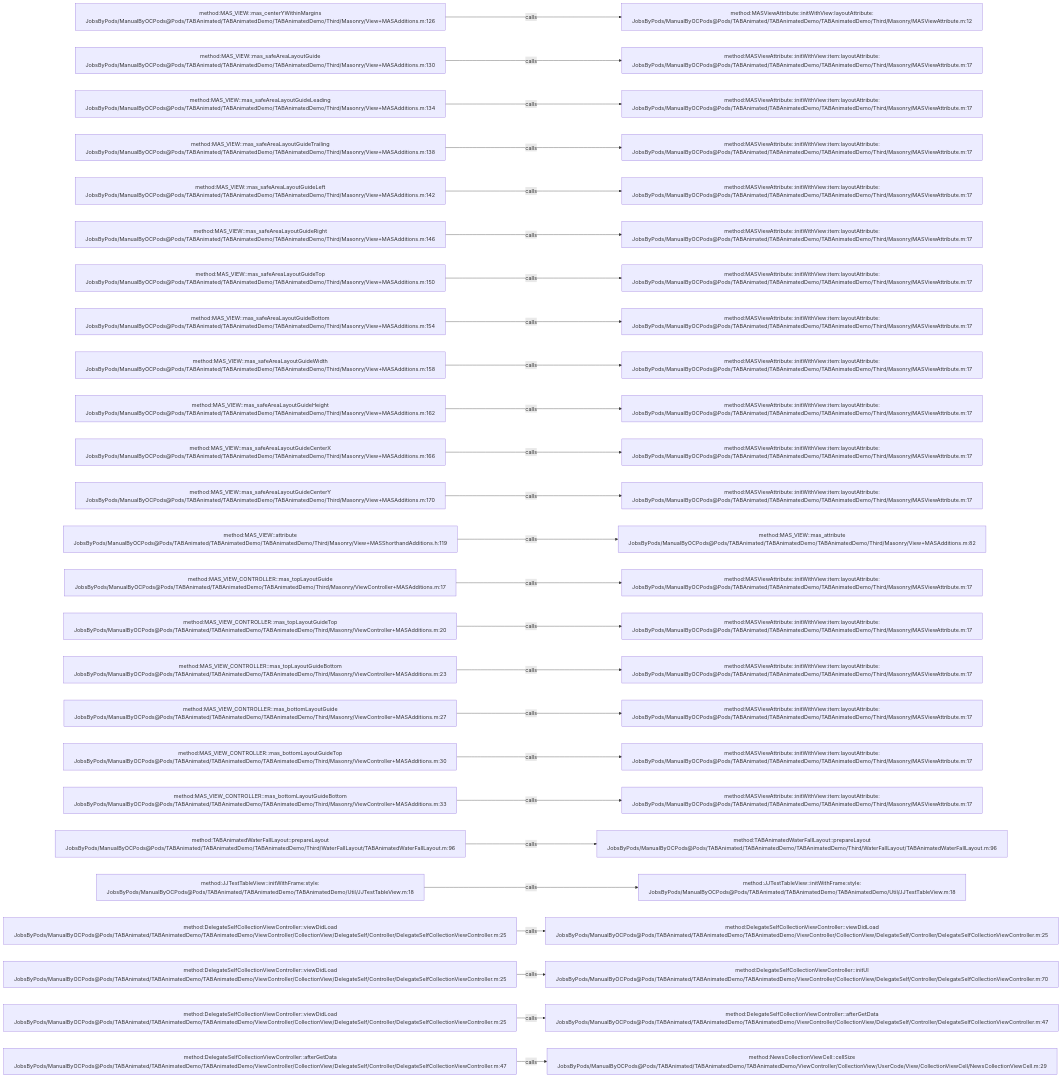
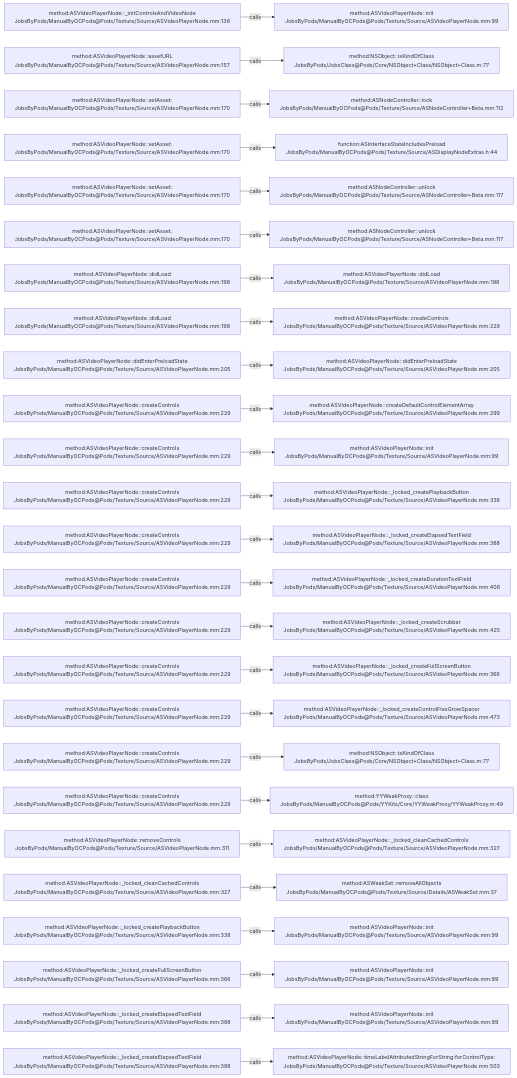
The diagram in .codegraph/codegraph.md/graphs/calls-153.md (JobsKits/JobsOCBaseConfigDemo), drawn with Mermaid before and after one commit. The commit also changed 2162 other files, not shown here.

````diff
--- a/.codegraph/codegraph.md/graphs/calls-153.md
+++ b/.codegraph/codegraph.md/graphs/calls-153.md
@@ -13,78 +13,78 @@
 ```mermaid
 flowchart LR
-  S1["method:MAS_VIEW::mas_centerYWithinMargins<br/>JobsByPods/ManualByOCPods@Pods/TABAnimated/TABAnimatedDemo/TABAnimatedDemo/Third/Masonry/View+MASAdditions.m:126"]
-  T1["method:MASViewAttribute::initWithView:layoutAttribute:<br/>JobsByPods/ManualByOCPods@Pods/TABAnimated/TABAnimatedDemo/TABAnimatedDemo/Third/Masonry/MASViewAttribute.m:12"]
+  S1["method:ASVideoPlayerNode::_initControlsAndVideoNode<br/>JobsByPods/ManualByOCPods@Pods/Texture/Source/ASVideoPlayerNode.mm:138"]
+  T1["method:ASVideoPlayerNode::init<br/>JobsByPods/ManualByOCPods@Pods/Texture/Source/ASVideoPlayerNode.mm:99"]
   S1 -->|calls| T1
-  S2["method:MAS_VIEW::mas_safeAreaLayoutGuide<br/>JobsByPods/ManualByOCPods@Pods/TABAnimated/TABAnimatedDemo/TABAnimatedDemo/Third/Masonry/View+MASAdditions.m:130"]
-  T2["method:MASViewAttribute::initWithView:item:layoutAttribute:<br/>JobsByPods/ManualByOCPods@Pods/TABAnimated/TABAnimatedDemo/TABAnimatedDemo/Third/Masonry/MASViewAttribute.m:17"]
+  S2["method:ASVideoPlayerNode::assetURL<br/>JobsByPods/ManualByOCPods@Pods/Texture/Source/ASVideoPlayerNode.mm:157"]
+  T2["method:NSObject::isKindOfClass<br/>JobsByPods/JobsClass@Pods/Core/NSObject+Class/NSObject+Class.m:77"]
   S2 -->|calls| T2
-  S3["method:MAS_VIEW::mas_safeAreaLayoutGuideLeading<br/>JobsByPods/ManualByOCPods@Pods/TABAnimated/TABAnimatedDemo/TABAnimatedDemo/Third/Masonry/View+MASAdditions.m:134"]
-  T3["method:MASViewAttribute::initWithView:item:layoutAttribute:<br/>JobsByPods/ManualByOCPods@Pods/TABAnimated/TABAnimatedDemo/TABAnimatedDemo/Third/Masonry/MASViewAttribute.m:17"]
+  S3["method:ASVideoPlayerNode::setAsset:<br/>JobsByPods/ManualByOCPods@Pods/Texture/Source/ASVideoPlayerNode.mm:170"]
+  T3["method:ASNodeController::lock<br/>JobsByPods/ManualByOCPods@Pods/Texture/Source/ASNodeController+Beta.mm:112"]
   S3 -->|calls| T3
-  S4["method:MAS_VIEW::mas_safeAreaLayoutGuideTrailing<br/>JobsByPods/ManualByOCPods@Pods/TABAnimated/TABAnimatedDemo/TABAnimatedDemo/Third/Masonry/View+MASAdditions.m:138"]
-  T4["method:MASViewAttribute::initWithView:item:layoutAttribute:<br/>JobsByPods/ManualByOCPods@Pods/TABAnimated/TABAnimatedDemo/TABAnimatedDemo/Third/Masonry/MASViewAttribute.m:17"]
+  S4["method:ASVideoPlayerNode::setAsset:<br/>JobsByPods/ManualByOCPods@Pods/Texture/Source/ASVideoPlayerNode.mm:170"]
+  T4["function:ASInterfaceStateIncludesPreload<br/>JobsByPods/ManualByOCPods@Pods/Texture/Source/ASDisplayNodeExtras.h:44"]
   S4 -->|calls| T4
-  S5["method:MAS_VIEW::mas_safeAreaLayoutGuideLeft<br/>JobsByPods/ManualByOCPods@Pods/TABAnimated/TABAnimatedDemo/TABAnimatedDemo/Third/Masonry/View+MASAdditions.m:142"]
-  T5["method:MASViewAttribute::initWithView:item:layoutAttribute:<br/>JobsByPods/ManualByOCPods@Pods/TABAnimated/TABAnimatedDemo/TABAnimatedDemo/Third/Masonry/MASViewAttribute.m:17"]
+  S5["method:ASVideoPlayerNode::setAsset:<br/>JobsByPods/ManualByOCPods@Pods/Texture/Source/ASVideoPlayerNode.mm:170"]
+  T5["method:ASNodeController::unlock<br/>JobsByPods/ManualByOCPods@Pods/Texture/Source/ASNodeController+Beta.mm:117"]
   S5 -->|calls| T5
-  S6["method:MAS_VIEW::mas_safeAreaLayoutGuideRight<br/>JobsByPods/ManualByOCPods@Pods/TABAnimated/TABAnimatedDemo/TABAnimatedDemo/Third/Masonry/View+MASAdditions.m:146"]
-  T6["method:MASViewAttribute::initWithView:item:layoutAttribute:<br/>JobsByPods/ManualByOCPods@Pods/TABAnimated/TABAnimatedDemo/TABAnimatedDemo/Third/Masonry/MASViewAttribute.m:17"]
+  S6["method:ASVideoPlayerNode::setAsset:<br/>JobsByPods/ManualByOCPods@Pods/Texture/Source/ASVideoPlayerNode.mm:170"]
+  T6["method:ASNodeController::unlock<br/>JobsByPods/ManualByOCPods@Pods/Texture/Source/ASNodeController+Beta.mm:117"]
   S6 -->|calls| T6
-  S7["method:MAS_VIEW::mas_safeAreaLayoutGuideTop<br/>JobsByPods/ManualByOCPods@Pods/TABAnimated/TABAnimatedDemo/TABAnimatedDemo/Third/Masonry/View+MASAdditions.m:150"]
-  T7["method:MASViewAttribute::initWithView:item:layoutAttribute:<br/>JobsByPods/ManualByOCPods@Pods/TABAnimated/TABAnimatedDemo/TABAnimatedDemo/Third/Masonry/MASViewAttribute.m:17"]
+  S7["method:ASVideoPlayerNode::didLoad<br/>JobsByPods/ManualByOCPods@Pods/Texture/Source/ASVideoPlayerNode.mm:198"]
+  T7["method:ASVideoPlayerNode::didLoad<br/>JobsByPods/ManualByOCPods@Pods/Texture/Source/ASVideoPlayerNode.mm:198"]
   S7 -->|calls| T7
-  S8["method:MAS_VIEW::mas_safeAreaLayoutGuideBottom<br/>JobsByPods/ManualByOCPods@Pods/TABAnimated/TABAnimatedDemo/TABAnimatedDemo/Third/Masonry/View+MASAdditions.m:154"]
-  T8["method:MASViewAttribute::initWithView:item:layoutAttribute:<br/>JobsByPods/ManualByOCPods@Pods/TABAnimated/TABAnimatedDemo/TABAnimatedDemo/Third/Masonry/MASViewAttribute.m:17"]
+  S8["method:ASVideoPlayerNode::didLoad<br/>JobsByPods/ManualByOCPods@Pods/Texture/Source/ASVideoPlayerNode.mm:198"]
+  T8["method:ASVideoPlayerNode::createControls<br/>JobsByPods/ManualByOCPods@Pods/Texture/Source/ASVideoPlayerNode.mm:229"]
   S8 -->|calls| T8
-  S9["method:MAS_VIEW::mas_safeAreaLayoutGuideWidth<br/>JobsByPods/ManualByOCPods@Pods/TABAnimated/TABAnimatedDemo/TABAnimatedDemo/Third/Masonry/View+MASAdditions.m:158"]
-  T9["method:MASViewAttribute::initWithView:item:layoutAttribute:<br/>JobsByPods/ManualByOCPods@Pods/TABAnimated/TABAnimatedDemo/TABAnimatedDemo/Third/Masonry/MASViewAttribute.m:17"]
+  S9["method:ASVideoPlayerNode::didEnterPreloadState<br/>JobsByPods/ManualByOCPods@Pods/Texture/Source/ASVideoPlayerNode.mm:205"]
+  T9["method:ASVideoPlayerNode::didEnterPreloadState<br/>JobsByPods/ManualByOCPods@Pods/Texture/Source/ASVideoPlayerNode.mm:205"]
   S9 -->|calls| T9
-  S10["method:MAS_VIEW::mas_safeAreaLayoutGuideHeight<br/>JobsByPods/ManualByOCPods@Pods/TABAnimated/TABAnimatedDemo/TABAnimatedDemo/Third/Masonry/View+MASAdditions.m:162"]
-  T10["method:MASViewAttribute::initWithView:item:layoutAttribute:<br/>JobsByPods/ManualByOCPods@Pods/TABAnimated/TABAnimatedDemo/TABAnimatedDemo/Third/Masonry/MASViewAttribute.m:17"]
+  S10["method:ASVideoPlayerNode::createControls<br/>JobsByPods/ManualByOCPods@Pods/Texture/Source/ASVideoPlayerNode.mm:229"]
+  T10["method:ASVideoPlayerNode::createDefaultControlElementArray<br/>JobsByPods/ManualByOCPods@Pods/Texture/Source/ASVideoPlayerNode.mm:299"]
   S10 -->|calls| T10
-  S11["method:MAS_VIEW::mas_safeAreaLayoutGuideCenterX<br/>JobsByPods/ManualByOCPods@Pods/TABAnimated/TABAnimatedDemo/TABAnimatedDemo/Third/Masonry/View+MASAdditions.m:166"]
-  T11["method:MASViewAttribute::initWithView:item:layoutAttribute:<br/>JobsByPods/ManualByOCPods@Pods/TABAnimated/TABAnimatedDemo/TABAnimatedDemo/Third/Masonry/MASViewAttribute.m:17"]
+  S11["method:ASVideoPlayerNode::createControls<br/>JobsByPods/ManualByOCPods@Pods/Texture/Source/ASVideoPlayerNode.mm:229"]
+  T11["method:ASVideoPlayerNode::init<br/>JobsByPods/ManualByOCPods@Pods/Texture/Source/ASVideoPlayerNode.mm:99"]
   S11 -->|calls| T11
-  S12["method:MAS_VIEW::mas_safeAreaLayoutGuideCenterY<br/>JobsByPods/ManualByOCPods@Pods/TABAnimated/TABAnimatedDemo/TABAnimatedDemo/Third/Masonry/View+MASAdditions.m:170"]
-  T12["method:MASViewAttribute::initWithView:item:layoutAttribute:<br/>JobsByPods/ManualByOCPods@Pods/TABAnimated/TABAnimatedDemo/TABAnimatedDemo/Third/Masonry/MASViewAttribute.m:17"]
+  S12["method:ASVideoPlayerNode::createControls<br/>JobsByPods/ManualByOCPods@Pods/Texture/Source/ASVideoPlayerNode.mm:229"]
+  T12["method:ASVideoPlayerNode::_locked_createPlaybackButton<br/>JobsByPods/ManualByOCPods@Pods/Texture/Source/ASVideoPlayerNode.mm:338"]
   S12 -->|calls| T12
-  S13["method:MAS_VIEW::attribute<br/>JobsByPods/ManualByOCPods@Pods/TABAnimated/TABAnimatedDemo/TABAnimatedDemo/Third/Masonry/View+MASShorthandAdditions.h:119"]
-  T13["method:MAS_VIEW::mas_attribute<br/>JobsByPods/ManualByOCPods@Pods/TABAnimated/TABAnimatedDemo/TABAnimatedDemo/Third/Masonry/View+MASAdditions.m:82"]
+  S13["method:ASVideoPlayerNode::createControls<br/>JobsByPods/ManualByOCPods@Pods/Texture/Source/ASVideoPlayerNode.mm:229"]
+  T13["method:ASVideoPlayerNode::_locked_createElapsedTextField<br/>JobsByPods/ManualByOCPods@Pods/Texture/Source/ASVideoPlayerNode.mm:388"]
   S13 -->|calls| T13
-  S14["method:MAS_VIEW_CONTROLLER::mas_topLayoutGuide<br/>JobsByPods/ManualByOCPods@Pods/TABAnimated/TABAnimatedDemo/TABAnimatedDemo/Third/Masonry/ViewController+MASAdditions.m:17"]
-  T14["method:MASViewAttribute::initWithView:item:layoutAttribute:<br/>JobsByPods/ManualByOCPods@Pods/TABAnimated/TABAnimatedDemo/TABAnimatedDemo/Third/Masonry/MASViewAttribute.m:17"]
+  S14["method:ASVideoPlayerNode::createControls<br/>JobsByPods/ManualByOCPods@Pods/Texture/Source/ASVideoPlayerNode.mm:229"]
+  T14["method:ASVideoPlayerNode::_locked_createDurationTextField<br/>JobsByPods/ManualByOCPods@Pods/Texture/Source/ASVideoPlayerNode.mm:406"]
   S14 -->|calls| T14
-  S15["method:MAS_VIEW_CONTROLLER::mas_topLayoutGuideTop<br/>JobsByPods/ManualByOCPods@Pods/TABAnimated/TABAnimatedDemo/TABAnimatedDemo/Third/Masonry/ViewController+MASAdditions.m:20"]
-  T15["method:MASViewAttribute::initWithView:item:layoutAttribute:<br/>JobsByPods/ManualByOCPods@Pods/TABAnimated/TABAnimatedDemo/TABAnimatedDemo/Third/Masonry/MASViewAttribute.m:17"]
+  S15["method:ASVideoPlayerNode::createControls<br/>JobsByPods/ManualByOCPods@Pods/Texture/Source/ASVideoPlayerNode.mm:229"]
+  T15["method:ASVideoPlayerNode::_locked_createScrubber<br/>JobsByPods/ManualByOCPods@Pods/Texture/Source/ASVideoPlayerNode.mm:425"]
   S15 -->|calls| T15
-  S16["method:MAS_VIEW_CONTROLLER::mas_topLayoutGuideBottom<br/>JobsByPods/ManualByOCPods@Pods/TABAnimated/TABAnimatedDemo/TABAnimatedDemo/Third/Masonry/ViewController+MASAdditions.m:23"]
-  T16["method:MASViewAttribute::initWithView:item:layoutAttribute:<br/>JobsByPods/ManualByOCPods@Pods/TABAnimated/TABAnimatedDemo/TABAnimatedDemo/Third/Masonry/MASViewAttribute.m:17"]
+  S16["method:ASVideoPlayerNode::createControls<br/>JobsByPods/ManualByOCPods@Pods/Texture/Source/ASVideoPlayerNode.mm:229"]
+  T16["method:ASVideoPlayerNode::_locked_createFullScreenButton<br/>JobsByPods/ManualByOCPods@Pods/Texture/Source/ASVideoPlayerNode.mm:366"]
   S16 -->|calls| T16
-  S17["method:MAS_VIEW_CONTROLLER::mas_bottomLayoutGuide<br/>JobsByPods/ManualByOCPods@Pods/TABAnimated/TABAnimatedDemo/TABAnimatedDemo/Third/Masonry/ViewController+MASAdditions.m:27"]
-  T17["method:MASViewAttribute::initWithView:item:layoutAttribute:<br/>JobsByPods/ManualByOCPods@Pods/TABAnimated/TABAnimatedDemo/TABAnimatedDemo/Third/Masonry/MASViewAttribute.m:17"]
+  S17["method:ASVideoPlayerNode::createControls<br/>JobsByPods/ManualByOCPods@Pods/Texture/Source/ASVideoPlayerNode.mm:229"]
+  T17["method:ASVideoPlayerNode::_locked_createControlFlexGrowSpacer<br/>JobsByPods/ManualByOCPods@Pods/Texture/Source/ASVideoPlayerNode.mm:473"]
   S17 -->|calls| T17
-  S18["method:MAS_VIEW_CONTROLLER::mas_bottomLayoutGuideTop<br/>JobsByPods/ManualByOCPods@Pods/TABAnimated/TABAnimatedDemo/TABAnimatedDemo/Third/Masonry/ViewController+MASAdditions.m:30"]
-  T18["method:MASViewAttribute::initWithView:item:layoutAttribute:<br/>JobsByPods/ManualByOCPods@Pods/TABAnimated/TABAnimatedDemo/TABAnimatedDemo/Third/Masonry/MASViewAttribute.m:17"]
+  S18["method:ASVideoPlayerNode::createControls<br/>JobsByPods/ManualByOCPods@Pods/Texture/Source/ASVideoPlayerNode.mm:229"]
+  T18["method:NSObject::isKindOfClass<br/>JobsByPods/JobsClass@Pods/Core/NSObject+Class/NSObject+Class.m:77"]
   S18 -->|calls| T18
-  S19["method:MAS_VIEW_CONTROLLER::mas_bottomLayoutGuideBottom<br/>JobsByPods/ManualByOCPods@Pods/TABAnimated/TABAnimatedDemo/TABAnimatedDemo/Third/Masonry/ViewController+MASAdditions.m:33"]
-  T19["method:MASViewAttribute::initWithView:item:layoutAttribute:<br/>JobsByPods/ManualByOCPods@Pods/TABAnimated/TABAnimatedDemo/TABAnimatedDemo/Third/Masonry/MASViewAttribute.m:17"]
+  S19["method:ASVideoPlayerNode::createControls<br/>JobsByPods/ManualByOCPods@Pods/Texture/Source/ASVideoPlayerNode.mm:229"]
+  T19["method:YYWeakProxy::class<br/>JobsByPods/ManualByOCPods@Pods/YYKits/Core/YYWeakProxy/YYWeakProxy.m:49"]
   S19 -->|calls| T19
-  S20["method:TABAnimatedWaterFallLayout::prepareLayout<br/>JobsByPods/ManualByOCPods@Pods/TABAnimated/TABAnimatedDemo/TABAnimatedDemo/Third/WaterFallLayout/TABAnimatedWaterFallLayout.m:96"]
-  T20["method:TABAnimatedWaterFallLayout::prepareLayout<br/>JobsByPods/ManualByOCPods@Pods/TABAnimated/TABAnimatedDemo/TABAnimatedDemo/Third/WaterFallLayout/TABAnimatedWaterFallLayout.m:96"]
+  S20["method:ASVideoPlayerNode::removeControls<br/>JobsByPods/ManualByOCPods@Pods/Texture/Source/ASVideoPlayerNode.mm:311"]
+  T20["method:ASVideoPlayerNode::_locked_cleanCachedControls<br/>JobsByPods/ManualByOCPods@Pods/Texture/Source/ASVideoPlayerNode.mm:327"]
   S20 -->|calls| T20
-  S21["method:JJTestTableView::initWithFrame:style:<br/>JobsByPods/ManualByOCPods@Pods/TABAnimated/TABAnimatedDemo/TABAnimatedDemo/Util/JJTestTableView.m:18"]
-  T21["method:JJTestTableView::initWithFrame:style:<br/>JobsByPods/ManualByOCPods@Pods/TABAnimated/TABAnimatedDemo/TABAnimatedDemo/Util/JJTestTableView.m:18"]
+  S21["method:ASVideoPlayerNode::_locked_cleanCachedControls<br/>JobsByPods/ManualByOCPods@Pods/Texture/Source/ASVideoPlayerNode.mm:327"]
+  T21["method:ASWeakSet::removeAllObjects<br/>JobsByPods/ManualByOCPods@Pods/Texture/Source/Details/ASWeakSet.mm:37"]
   S21 -->|calls| T21
-  S22["method:DelegateSelfCollectionViewController::viewDidLoad<br/>JobsByPods/ManualByOCPods@Pods/TABAnimated/TABAnimatedDemo/TABAnimatedDemo/ViewController/CollectionView/DelegateSelf/Controller/DelegateSelfCollectionViewController.m:25"]
-  T22["method:DelegateSelfCollectionViewController::viewDidLoad<br/>JobsByPods/ManualByOCPods@Pods/TABAnimated/TABAnimatedDemo/TABAnimatedDemo/ViewController/CollectionView/DelegateSelf/Controller/DelegateSelfCollectionViewController.m:25"]
+  S22["method:ASVideoPlayerNode::_locked_createPlaybackButton<br/>JobsByPods/ManualByOCPods@Pods/Texture/Source/ASVideoPlayerNode.mm:338"]
+  T22["method:ASVideoPlayerNode::init<br/>JobsByPods/ManualByOCPods@Pods/Texture/Source/ASVideoPlayerNode.mm:99"]
   S22 -->|calls| T22
-  S23["method:DelegateSelfCollectionViewController::viewDidLoad<br/>JobsByPods/ManualByOCPods@Pods/TABAnimated/TABAnimatedDemo/TABAnimatedDemo/ViewController/CollectionView/DelegateSelf/Controller/DelegateSelfCollectionViewController.m:25"]
-  T23["method:DelegateSelfCollectionViewController::initUI<br/>JobsByPods/ManualByOCPods@Pods/TABAnimated/TABAnimatedDemo/TABAnimatedDemo/ViewController/CollectionView/DelegateSelf/Controller/DelegateSelfCollectionViewController.m:70"]
+  S23["method:ASVideoPlayerNode::_locked_createFullScreenButton<br/>JobsByPods/ManualByOCPods@Pods/Texture/Source/ASVideoPlayerNode.mm:366"]
+  T23["method:ASVideoPlayerNode::init<br/>JobsByPods/ManualByOCPods@Pods/Texture/Source/ASVideoPlayerNode.mm:99"]
   S23 -->|calls| T23
-  S24["method:DelegateSelfCollectionViewController::viewDidLoad<br/>JobsByPods/ManualByOCPods@Pods/TABAnimated/TABAnimatedDemo/TABAnimatedDemo/ViewController/CollectionView/DelegateSelf/Controller/DelegateSelfCollectionViewController.m:25"]
-  T24["method:DelegateSelfCollectionViewController::afterGetData<br/>JobsByPods/ManualByOCPods@Pods/TABAnimated/TABAnimatedDemo/TABAnimatedDemo/ViewController/CollectionView/DelegateSelf/Controller/DelegateSelfCollectionViewController.m:47"]
+  S24["method:ASVideoPlayerNode::_locked_createElapsedTextField<br/>JobsByPods/ManualByOCPods@Pods/Texture/Source/ASVideoPlayerNode.mm:388"]
+  T24["method:ASVideoPlayerNode::init<br/>JobsByPods/ManualByOCPods@Pods/Texture/Source/ASVideoPlayerNode.mm:99"]
   S24 -->|calls| T24
-  S25["method:DelegateSelfCollectionViewController::afterGetData<br/>JobsByPods/ManualByOCPods@Pods/TABAnimated/TABAnimatedDemo/TABAnimatedDemo/ViewController/CollectionView/DelegateSelf/Controller/DelegateSelfCollectionViewController.m:47"]
-  T25["method:NewsCollectionViewCell::cellSize<br/>JobsByPods/ManualByOCPods@Pods/TABAnimated/TABAnimatedDemo/TABAnimatedDemo/ViewController/CollectionView/UserCode/View/CollectionViewCell/NewsCollectionViewCell.m:29"]
+  S25["method:ASVideoPlayerNode::_locked_createElapsedTextField<br/>JobsByPods/ManualByOCPods@Pods/Texture/Source/ASVideoPlayerNode.mm:388"]
+  T25["method:ASVideoPlayerNode::timeLabelAttributedStringForString:forControlType:<br/>JobsByPods/ManualByOCPods@Pods/Texture/Source/ASVideoPlayerNode.mm:503"]
   S25 -->|calls| T25
 ```
````
